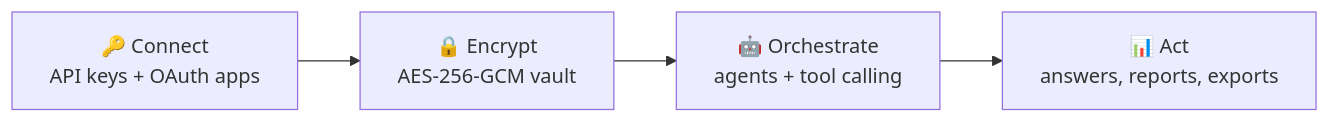
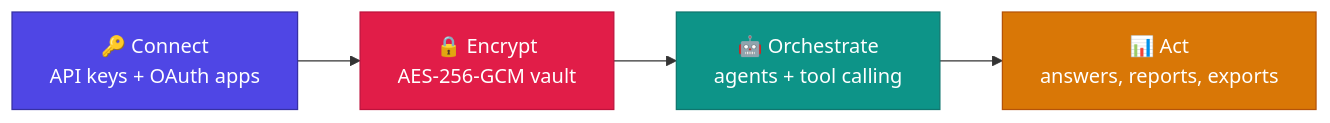
One commit to sowaxer/quivo-app changed the first of 5 diagrams in README.md. Above: the diagram before and after it, drawn with Mermaid. The commit also changed other lines of this file, not shown here.

First line of the commit message:
README: color-coded diagrams, phased request flow, quick navigation

````diff
--- a/README.md
+++ b/README.md
@@ -38,6 +40,15 @@
 ```mermaid
 flowchart LR
     A["🔑 Connect<br/>API keys + OAuth apps"] --> B["🔒 Encrypt<br/>AES-256-GCM vault"]
     B --> C["🤖 Orchestrate<br/>agents + tool calling"]
     C --> D["📊 Act<br/>answers, reports, exports"]
+    classDef indigo fill:#4F46E5,stroke:#3730A3,color:#fff
+    classDef teal fill:#0D9488,stroke:#0F766E,color:#fff
+    classDef amber fill:#D97706,stroke:#B45309,color:#fff
+    classDef rose fill:#E11D48,stroke:#BE123C,color:#fff
+    classDef slate fill:#334155,stroke:#1E293B,color:#fff
+    class A indigo
+    class B rose
+    class C teal
+    class D amber
 ```
````
